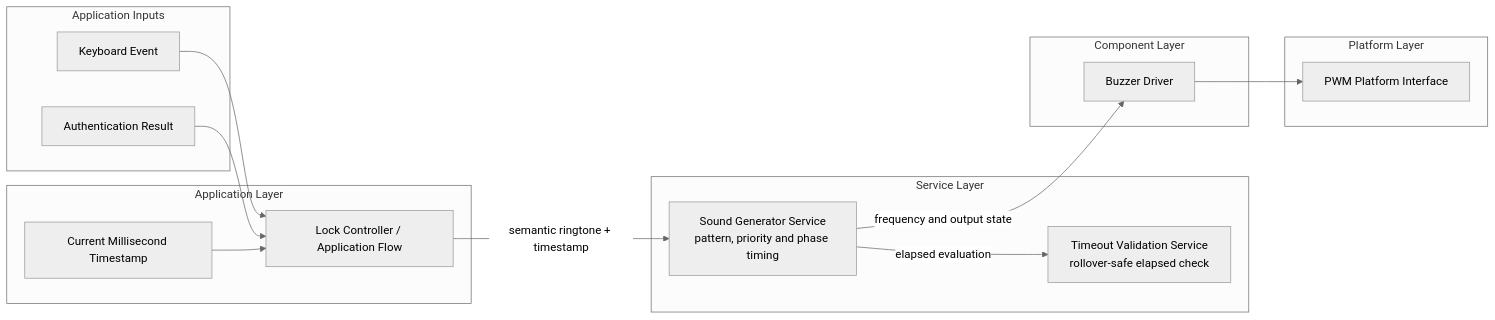
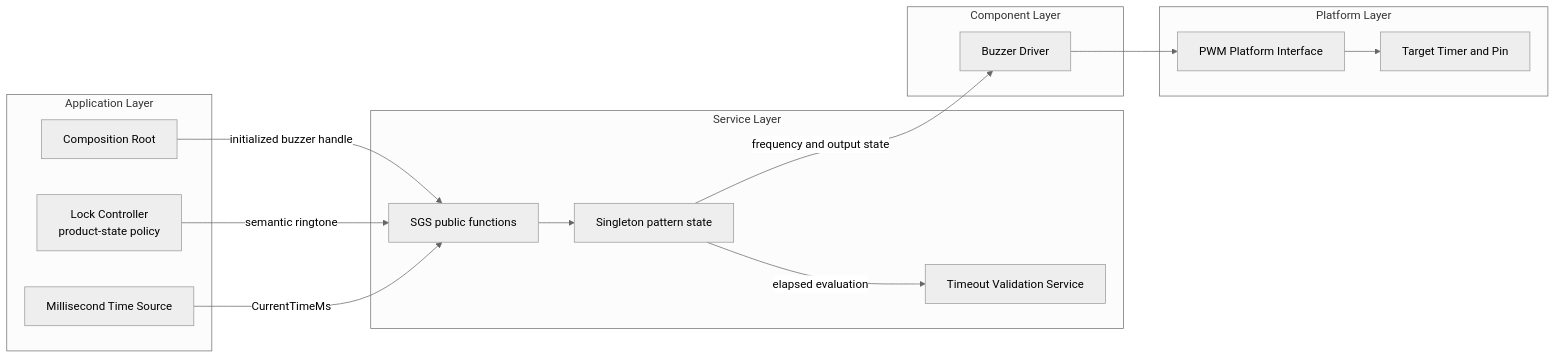
The first of 4 diagrams in Libs/Services/Sound_Generator/README.md (JP-REY/STM32F103C8T6-Based-Electronic-Lock), drawn with Mermaid (neutral theme) before and after one commit. The commit also changed other lines of this file and 2 other files, not shown here.

First line of the commit message:
refactor(sound-generator): encapsulate service as singleton

````diff
--- a/Libs/Services/Sound_Generator/README.md
+++ b/Libs/Services/Sound_Generator/README.md
@@ -152,33 +103,31 @@
 ```mermaid
 flowchart LR
-    subgraph INPUT["Application Inputs"]
-        KEY["Keyboard Event"]
-        AUTH["Authentication Result"]
-    end
-
     subgraph APPLICATION["Application Layer"]
-        CTRL["Lock Controller / Application Flow"]
-        TIME["Current Millisecond Timestamp"]
+        ROOT["Composition Root"]
+        CTRL["Lock Controller<br/>product-state policy"]
+        CLOCK["Millisecond Time Source"]
     end
 
     subgraph SERVICES["Service Layer"]
-        SGS["Sound Generator Service<br/>pattern, priority and phase timing"]
-        TVS["Timeout Validation Service<br/>rollover-safe elapsed check"]
+        API["SGS public functions"]
+        STATE["Singleton pattern state"]
+        TVS["Timeout Validation Service"]
     end
 
     subgraph COMPONENTS["Component Layer"]
         BUZZER["Buzzer Driver"]
     end
 
     subgraph PLATFORM["Platform Layer"]
         PWM["PWM Platform Interface"]
+        TIMER["Target Timer and Pin"]
     end
 
-    KEY --> CTRL
-    AUTH --> CTRL
-    TIME --> CTRL
-    CTRL -->|"semantic ringtone + timestamp"| SGS
-    SGS -->|"elapsed evaluation"| TVS
-    SGS -->|"frequency and output state"| BUZZER
-    BUZZER --> PWM
+    ROOT -->|"initialized buzzer handle"| API
+    CTRL -->|"semantic ringtone"| API
+    CLOCK -->|"CurrentTimeMs"| API
+    API --> STATE
+    STATE -->|"elapsed evaluation"| TVS
+    STATE -->|"frequency and output state"| BUZZER
+    BUZZER --> PWM --> TIMER
 ```
````
